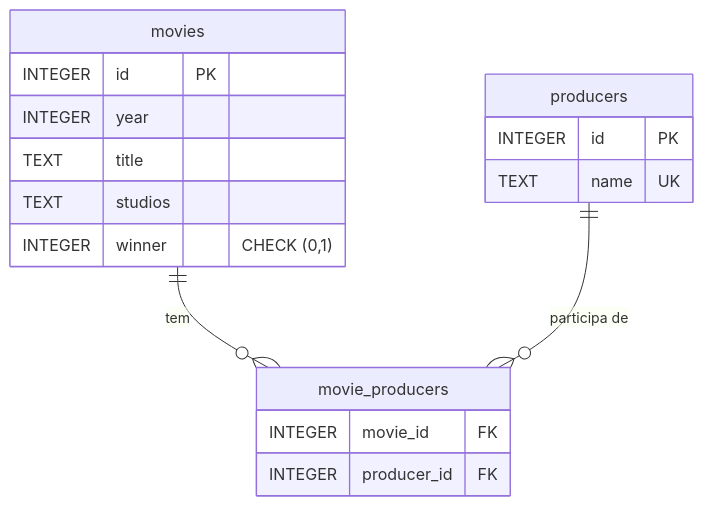
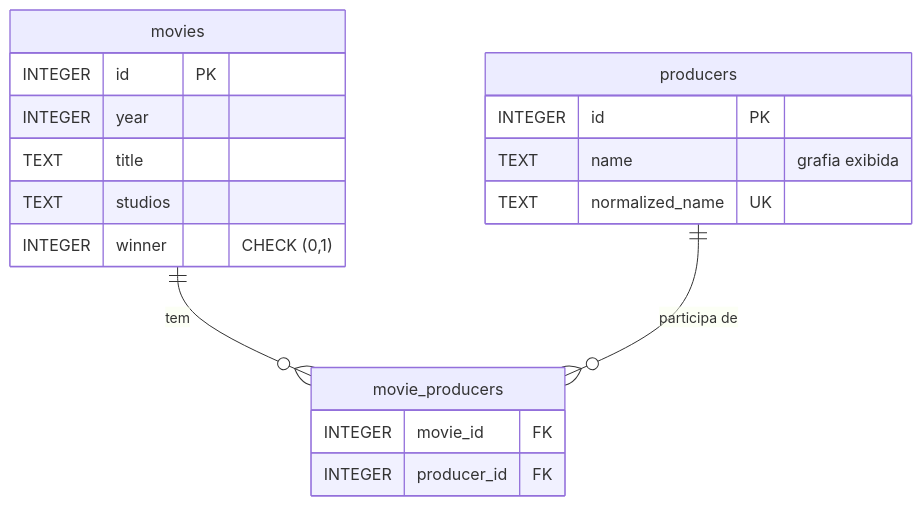
The second of 8 diagrams in docs/architecture.md (bdfdm25/golden-raspberry-api), drawn with Mermaid before and after one commit. The commit also changed other lines of this file and 4 other files, not shown here.

````diff
--- a/docs/architecture.md
+++ b/docs/architecture.md
@@ -91,20 +93,21 @@
 ```mermaid
 erDiagram
     movies {
         INTEGER id PK
         INTEGER year
         TEXT title
         TEXT studios
         INTEGER winner "CHECK (0,1)"
     }
     producers {
         INTEGER id PK
-        TEXT name UK
+        TEXT name "grafia exibida"
+        TEXT normalized_name UK
     }
     movie_producers {
         INTEGER movie_id FK
         INTEGER producer_id FK
     }
     movies ||--o{ movie_producers : "tem"
     producers ||--o{ movie_producers : "participa de"
 ```
````
